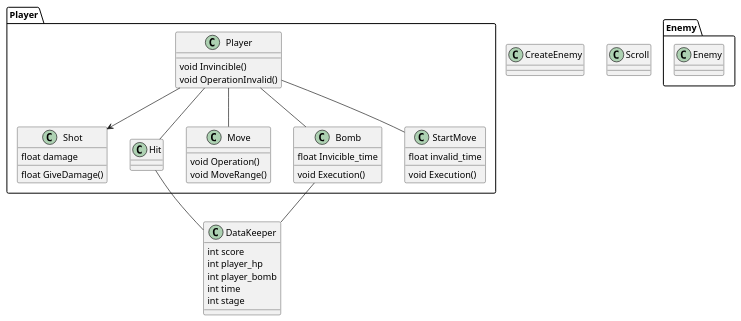
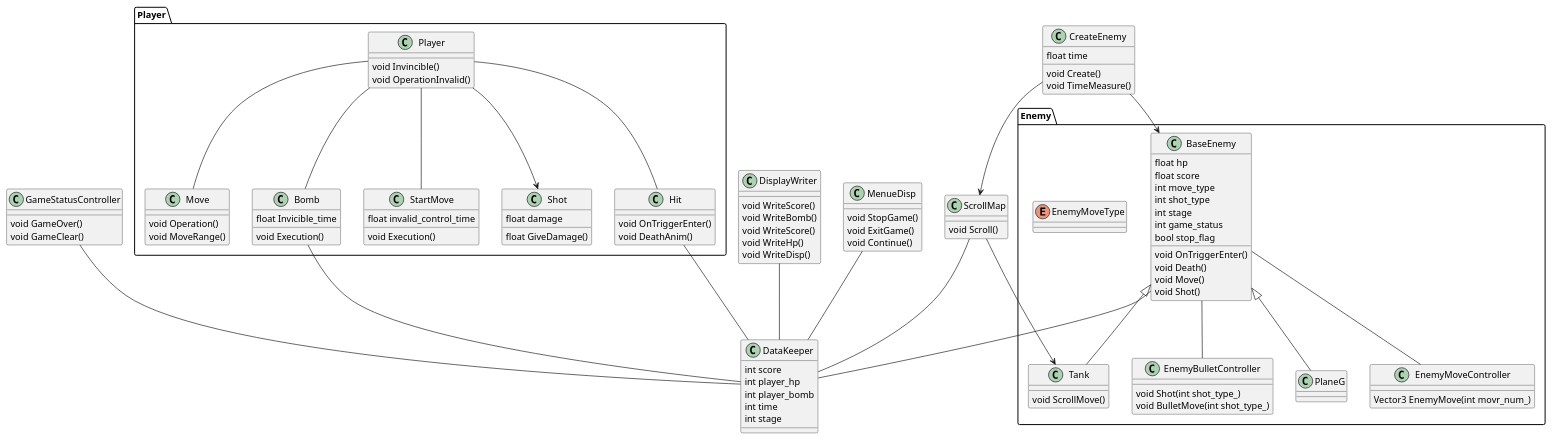
One commit to m0bec/RePixFighter changed the diagram in proj_class.pu. Above: the diagram before and after it, drawn with PlantUML.

Commit message:
クラス図の大まかな場所は作った

```diff
--- a/proj_class.pu
+++ b/proj_class.pu
@@ -1,61 +1,130 @@
 @startuml{image html RePixFighter_class.png}
 
 class DataKeeper{
     int score
     int player_hp
     int player_bomb
     int time
     int stage
 }
 
 package Player{
     class Player{
         void Invincible()
         void OperationInvalid()
     }
 
     class Shot{
         float damage
         float GiveDamage()
     }
     Player --> Shot
 
     class Hit{
-
+        void OnTriggerEnter()
+        void DeathAnim()
     }
     Player -- Hit
     Hit -- DataKeeper
 
     class Move{
         void Operation()
         void MoveRange()
     }
     Player -- Move
 
     class Bomb{
         float Invicible_time
         void Execution()
     }
     Player -- Bomb
     Bomb -- DataKeeper
 
     class StartMove{
         void Execution()
-        float invalid_time
+        float invalid_control_time
     }
     Player -- StartMove
 }
 
 package Enemy{
-    class Enemy
+    class BaseEnemy{
+        float hp
+        float score
+        int move_type
+        int shot_type
+        int stage
+        int game_status
+        bool stop_flag
+        void OnTriggerEnter()
+        void Death()
+        void Move()
+        void Shot()
+    }
+    BaseEnemy -- DataKeeper
+    BaseEnemy -- EnemyMoveController
+    BaseEnemy -- EnemyBulletController
+
+    class EnemyMoveController{
+        Vector3 EnemyMove(int movr_num_)
+    }
+
+    class EnemyBulletController{
+        void Shot(int shot_type_)
+        void BulletMove(int shot_type_)
+    }
+
+    enum EnemyMoveType{
+
+    }
+
+    class Tank{
+        void ScrollMove()
+    }
+    BaseEnemy <|-- Tank
+
+    class PlaneG{
+
+    }
+    BaseEnemy <|-- PlaneG
+
 }
 
 class CreateEnemy{
+    float time
+    void Create()
+    void TimeMeasure()
+}
+CreateEnemy --> BaseEnemy
+CreateEnemy --> ScrollMap
 
+
+class ScrollMap{
+    void Scroll()
 }
+ScrollMap --> Tank
+ScrollMap -- DataKeeper
 
-class Scroll{
-    
+class DisplayWriter{
+    void WriteScore()
+    void WriteBomb()
+    void WriteScore()
+    void WriteHp()
+    void WriteDisp()
 }
+DisplayWriter -- DataKeeper
+
+class MenueDisp{
+    void StopGame()
+    void ExitGame()
+    void Continue()
+}
+MenueDisp -- DataKeeper
+
+class GameStatusController{
+    void GameOver()
+    void GameClear()
+}
+GameStatusController -- DataKeeper
 
 @enduml
```
